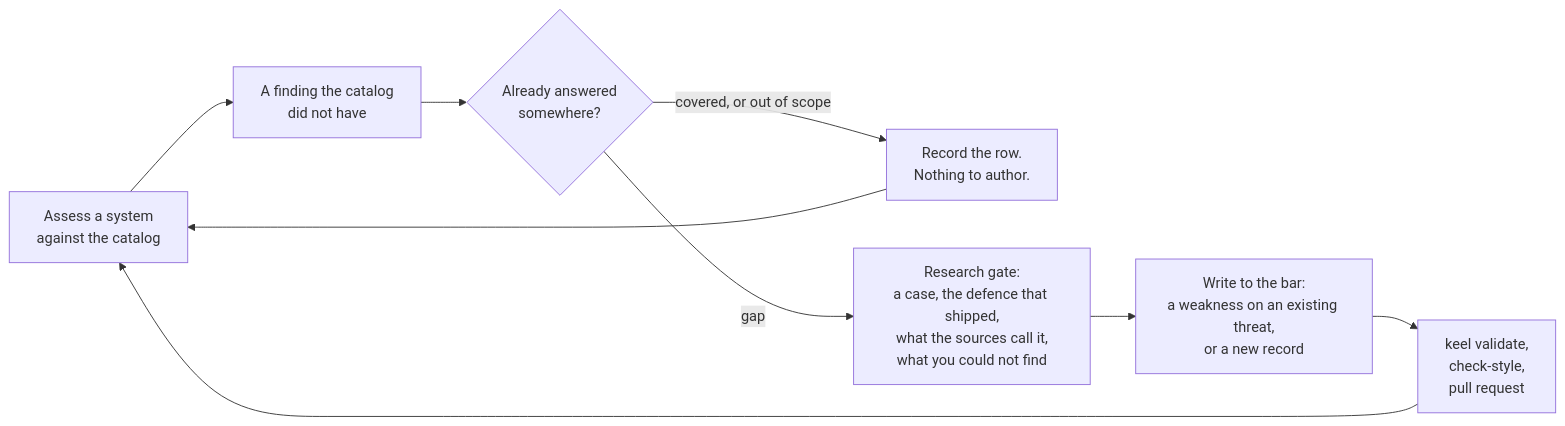
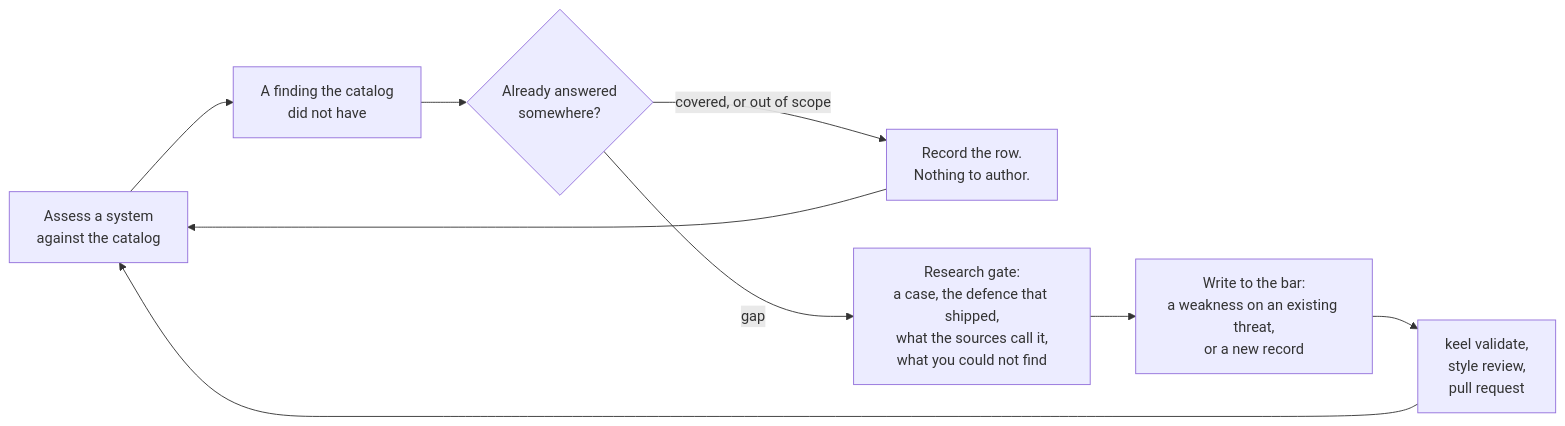
Before and after one commit to nizamovtimur/keel: the diagram in docs/authoring.md, drawn with Mermaid. The commit also changed other lines of this file and 21 other files, not shown here.

````diff
--- a/docs/authoring.md
+++ b/docs/authoring.md
@@ -9,11 +9,11 @@
 ```mermaid
 flowchart LR
   A["Assess a system<br/>against the catalog"] --> B["A finding the catalog<br/>did not have"]
   B --> C{"Already answered<br/>somewhere?"}
   C -->|covered, or out of scope| D["Record the row.<br/>Nothing to author."]
   C -->|gap| E["Research gate:<br/>a case, the defence that shipped,<br/>what the sources call it,<br/>what you could not find"]
   E --> F["Write to the bar:<br/>a weakness on an existing threat,<br/>or a new record"]
-  F --> G["keel validate,<br/>check-style,<br/>pull request"]
+  F --> G["keel validate,<br/>style review,<br/>pull request"]
   D --> A
   G --> A
 ```
````
